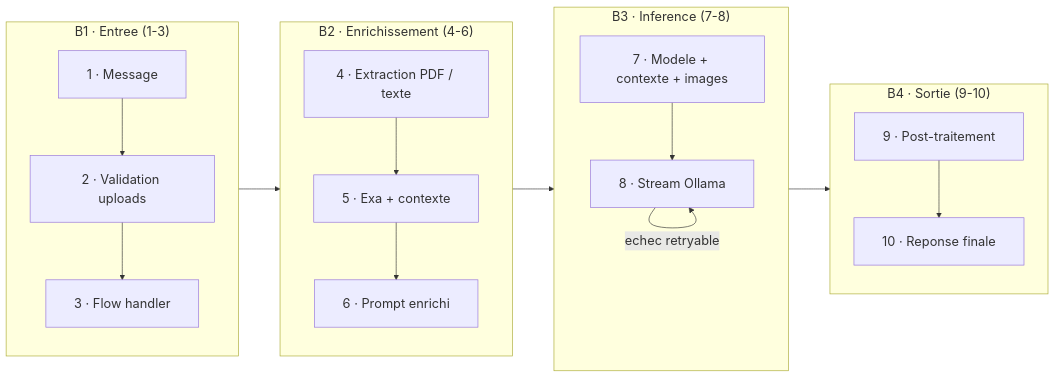
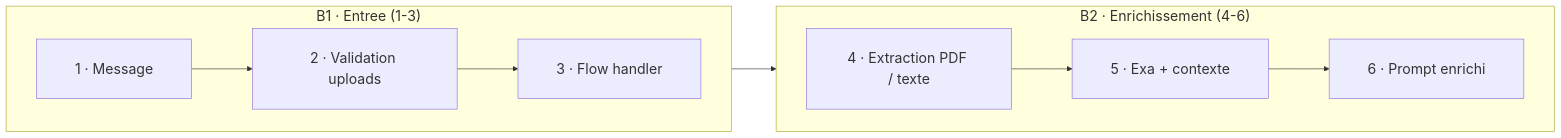
The first of 2 diagrams in README.md (papa-share/hybridbot), drawn with Mermaid before and after one commit. The commit also changed other lines of this file and 2 other files, not shown here.

Commit message:
enrichissement du readme

````diff
--- a/README.md
+++ b/README.md
@@ -58,38 +58,13 @@
 ```mermaid
-%%{init: {"flowchart": {"nodeSpacing": 55, "rankSpacing": 65, "padding": 22}, "themeVariables": {"fontSize": "20px"}}}%%
+%%{init: {"flowchart": {"nodeSpacing": 50, "rankSpacing": 70, "padding": 30}, "themeVariables": {"fontSize": "22px"}}}%%
 flowchart LR
     subgraph b1 ["B1 · Entree (1-3)"]
-        direction TB
-        e1["1 · Message"]
-        e2["2 · Validation uploads"]
-        e3["3 · Flow handler"]
-        e1 --> e2 --> e3
+        direction LR
+        e1["1 · Message"] --> e2["2 · Validation uploads"] --> e3["3 · Flow handler"]
     end
-
     subgraph b2 ["B2 · Enrichissement (4-6)"]
-        direction TB
-        e4["4 · Extraction PDF / texte"]
-        e5["5 · Exa + contexte"]
-        e6["6 · Prompt enrichi"]
-        e4 --> e5 --> e6
+        direction LR
+        e4["4 · Extraction PDF / texte"] --> e5["5 · Exa + contexte"] --> e6["6 · Prompt enrichi"]
     end
-
-    subgraph b3 ["B3 · Inference (7-8)"]
-        direction TB
-        e7["7 · Modele + contexte + images"]
-        e8["8 · Stream Ollama"]
-        e7 --> e8
-        e8 -->|echec retryable| e8
-    end
-
-    subgraph b4 ["B4 · Sortie (9-10)"]
-        direction TB
-        e9["9 · Post-traitement"]
-        e10["10 · Reponse finale"]
-        e9 --> e10
-    end
-
     e3 --> e4
-    e6 --> e7
-    e8 --> e9
 ```
````
